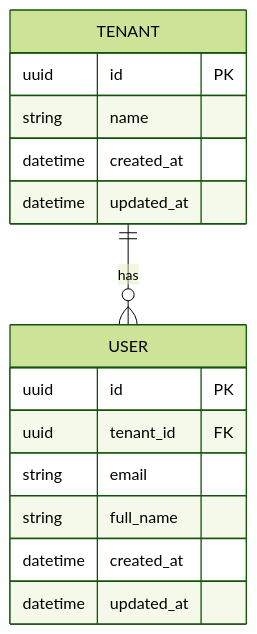
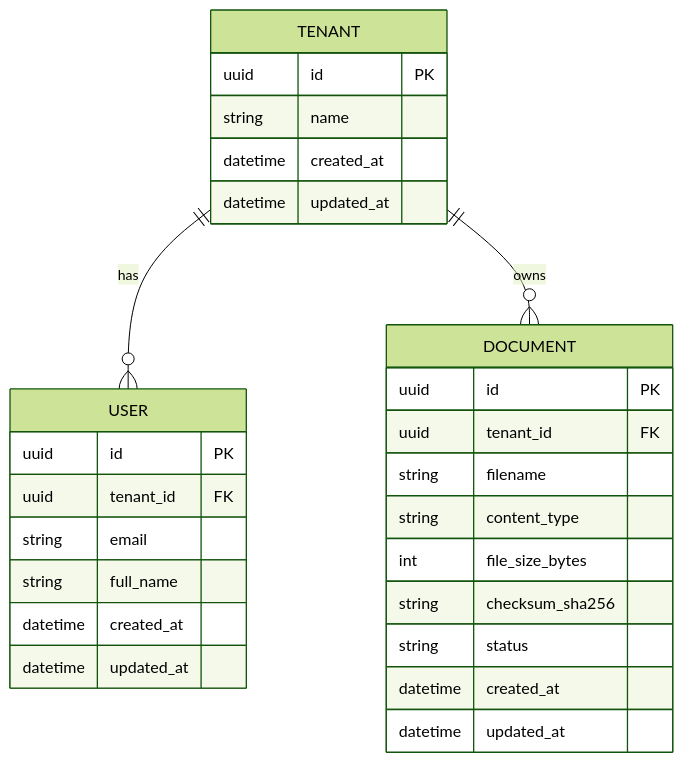
The second of 4 diagrams in docs/architecture.md (kkureli/enterprise-agentic-ai-platform), drawn with Mermaid (forest theme) before and after one commit. The commit also changed other lines of this file and 35 other files, not shown here.

````diff
--- a/docs/architecture.md
+++ b/docs/architecture.md
@@ -66,20 +128,33 @@
 ```mermaid
 erDiagram
     TENANT ||--o{ USER : has
+    TENANT ||--o{ DOCUMENT : owns
 
     TENANT {
         uuid id PK
         string name
         datetime created_at
         datetime updated_at
     }
 
     USER {
         uuid id PK
         uuid tenant_id FK
         string email
         string full_name
         datetime created_at
         datetime updated_at
     }
+
+    DOCUMENT {
+        uuid id PK
+        uuid tenant_id FK
+        string filename
+        string content_type
+        int file_size_bytes
+        string checksum_sha256
+        string status
+        datetime created_at
+        datetime updated_at
+    }
 ```
````
